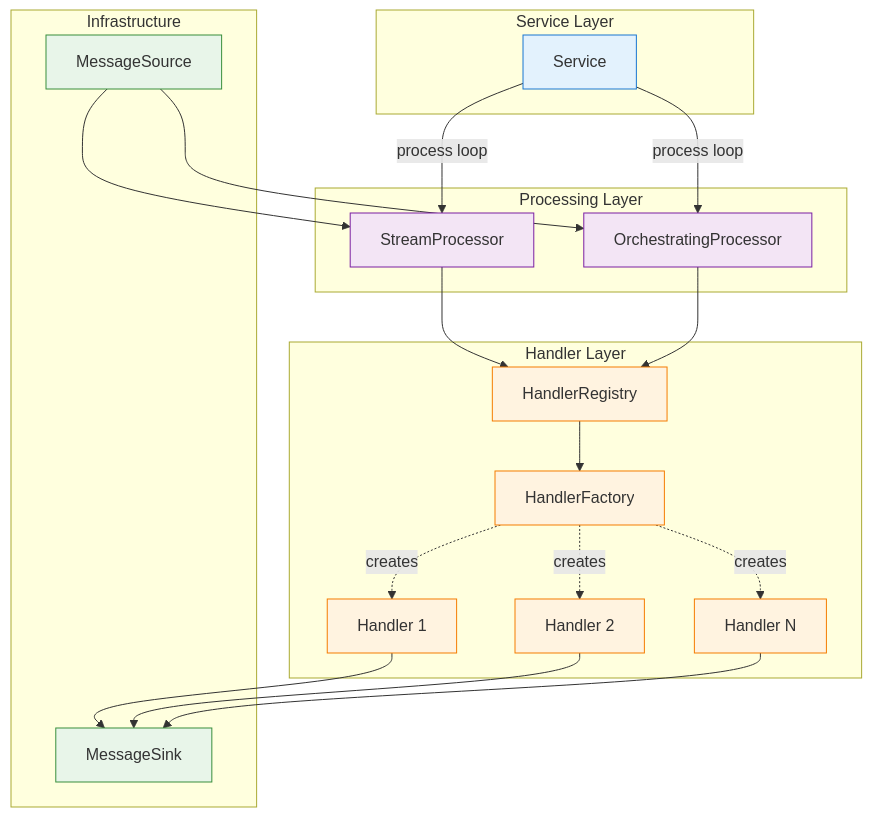
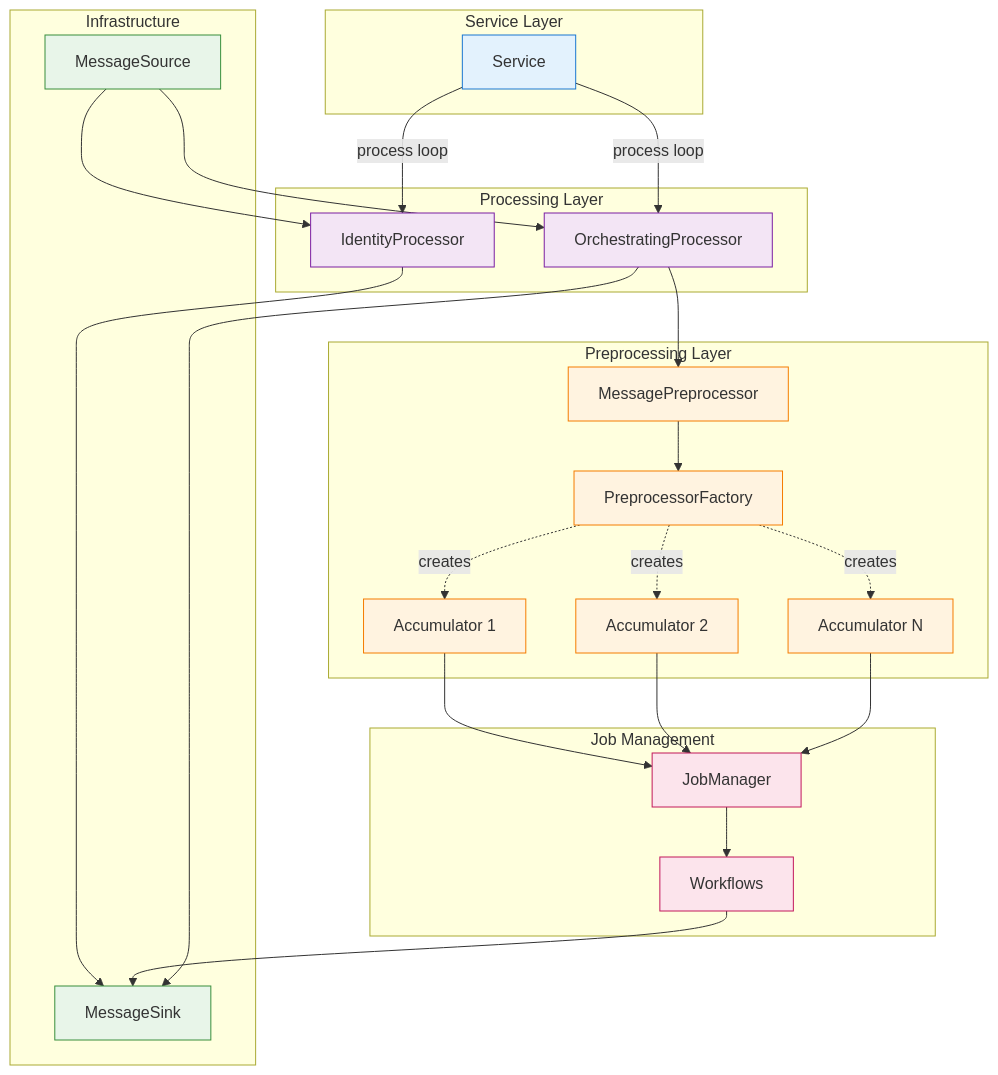
The first of 4 diagrams in docs/developer/design/backend-service-architecture.md (scipp/esslivedata), drawn with Mermaid before and after one commit. The commit also changed other lines of this file and 5 other files, not shown here.

````diff
--- a/docs/developer/design/backend-service-architecture.md
+++ b/docs/developer/design/backend-service-architecture.md
@@ -23,48 +25,58 @@
 ```mermaid
 graph TD
     subgraph "Service Layer"
         Service[Service]
     end
 
     subgraph "Processing Layer"
-        SP[StreamProcessor]
+        IP[IdentityProcessor]
         OP[OrchestratingProcessor]
     end
 
-    subgraph "Handler Layer"
-        HR[HandlerRegistry]
-        HF[HandlerFactory]
-        H1[Handler 1]
-        H2[Handler 2]
-        H3[Handler N]
+    subgraph "Preprocessing Layer"
+        PF[PreprocessorFactory]
+        MP[MessagePreprocessor]
+        A1[Accumulator 1]
+        A2[Accumulator 2]
+        A3[Accumulator N]
+    end
+
+    subgraph "Job Management"
+        JM[JobManager]
+        WF[Workflows]
     end
 
     subgraph "Infrastructure"
         MS[MessageSource]
         MSink[MessageSink]
     end
 
-    Service -->|process loop| SP
+    Service -->|process loop| IP
     Service -->|process loop| OP
-    MS --> SP
+    MS --> IP
     MS --> OP
-    SP --> HR
-    OP --> HR
-    HR --> HF
-    HF -.creates.-> H1
-    HF -.creates.-> H2
-    HF -.creates.-> H3
-    H1 --> MSink
-    H2 --> MSink
-    H3 --> MSink
+    IP --> MSink
+    OP --> MP
+    MP --> PF
+    PF -.creates.-> A1
+    PF -.creates.-> A2
+    PF -.creates.-> A3
+    A1 --> JM
+    A2 --> JM
+    A3 --> JM
+    JM --> WF
+    WF --> MSink
+    OP --> MSink
 
     classDef service fill:#e3f2fd,stroke:#1976d2;
     classDef processor fill:#f3e5f5,stroke:#7b1fa2;
-    classDef handler fill:#fff3e0,stroke:#f57c00;
+    classDef preproc fill:#fff3e0,stroke:#f57c00;
+    classDef job fill:#fce4ec,stroke:#c2185b;
     classDef infra fill:#e8f5e9,stroke:#388e3c;
 
     class Service service;
-    class SP,OP processor;
-    class HR,HF,H1,H2,H3 handler;
+    class IP,OP processor;
+    class PF,MP,A1,A2,A3 preproc;
+    class JM,WF job;
     class MS,MSink infra;
 ```
````
